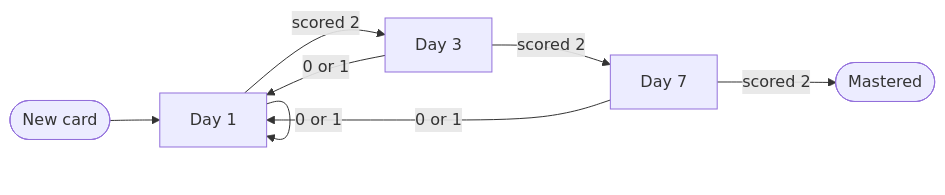
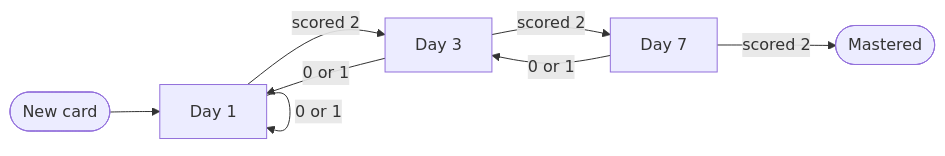
Before and after one commit to Khaan25/session-coach: the second of 2 diagrams in README.md, drawn with Mermaid. The commit also changed other lines of this file and 14 other files, not shown here.

````diff
--- a/README.md
+++ b/README.md
@@ -40,10 +40,10 @@
 ```mermaid
 flowchart LR
     new([New card]) --> d1[Day 1]
     d1 -- "scored 2" --> d3[Day 3]
     d3 -- "scored 2" --> d7[Day 7]
     d7 -- "scored 2" --> m([Mastered])
     d1 -- "0 or 1" --> d1
     d3 -- "0 or 1" --> d1
-    d7 -- "0 or 1" --> d1
+    d7 -- "0 or 1" --> d3
 ```
````
